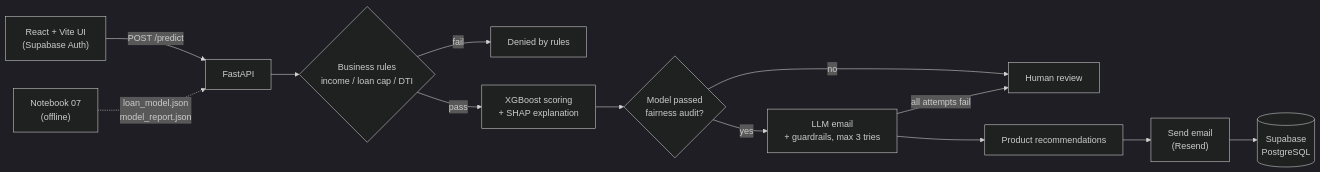
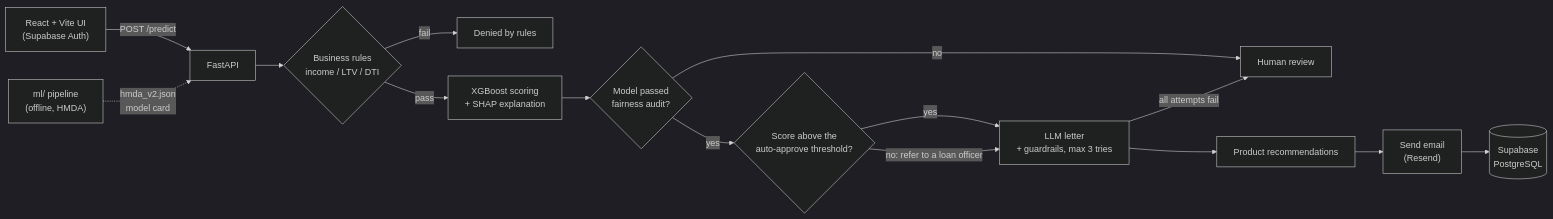
The diagram in README.md (SabeehAnsari/loanwise-ai), drawn with Mermaid (dark theme) before and after one commit. The commit also changed other lines of this file and 33 other files, not shown here.

First line of the commit message:
Move the app onto the v2 model: mortgage form, refer-not-deny UI

````diff
--- a/README.md
+++ b/README.md
@@ -47,15 +47,17 @@
 ```mermaid
 flowchart LR
     UI["React + Vite UI<br/>(Supabase Auth)"] -->|POST /predict| API[FastAPI]
-    API --> RULES{"Business rules<br/>income / loan cap / DTI"}
+    API --> RULES{"Business rules<br/>income / LTV / DTI"}
     RULES -->|fail| DENY["Denied by rules"]
     RULES -->|pass| MODEL["XGBoost scoring<br/>+ SHAP explanation"]
     MODEL --> FAIR{"Model passed<br/>fairness audit?"}
     FAIR -->|no| HR["Human review"]
-    FAIR -->|yes| EMAIL["LLM email<br/>+ guardrails, max 3 tries"]
+    FAIR -->|yes| DECIDE{"Score above the<br/>auto-approve threshold?"}
+    DECIDE -->|yes| EMAIL["LLM letter<br/>+ guardrails, max 3 tries"]
+    DECIDE -->|no: refer to a loan officer| EMAIL
     EMAIL -->|all attempts fail| HR
     EMAIL --> MKT["Product recommendations"]
     MKT --> SEND["Send email<br/>(Resend)"]
     SEND --> DB[("Supabase<br/>PostgreSQL")]
-    NB["Notebook 07<br/>(offline)"] -.->|loan_model.json<br/>model_report.json| API
+    NB["ml/ pipeline<br/>(offline, HMDA)"] -.->|hmda_v2.json<br/>model card| API
 ```
````
